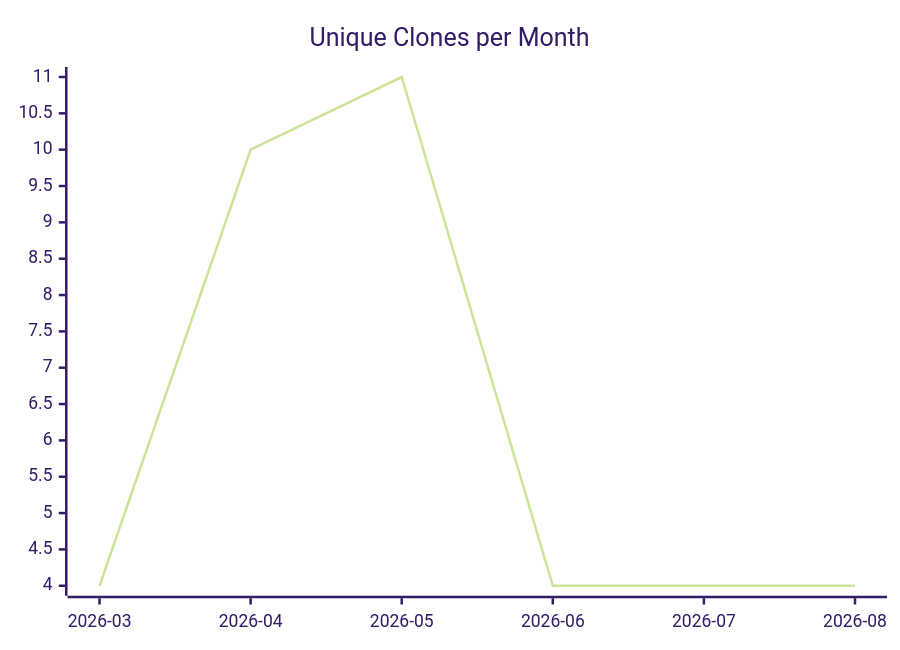
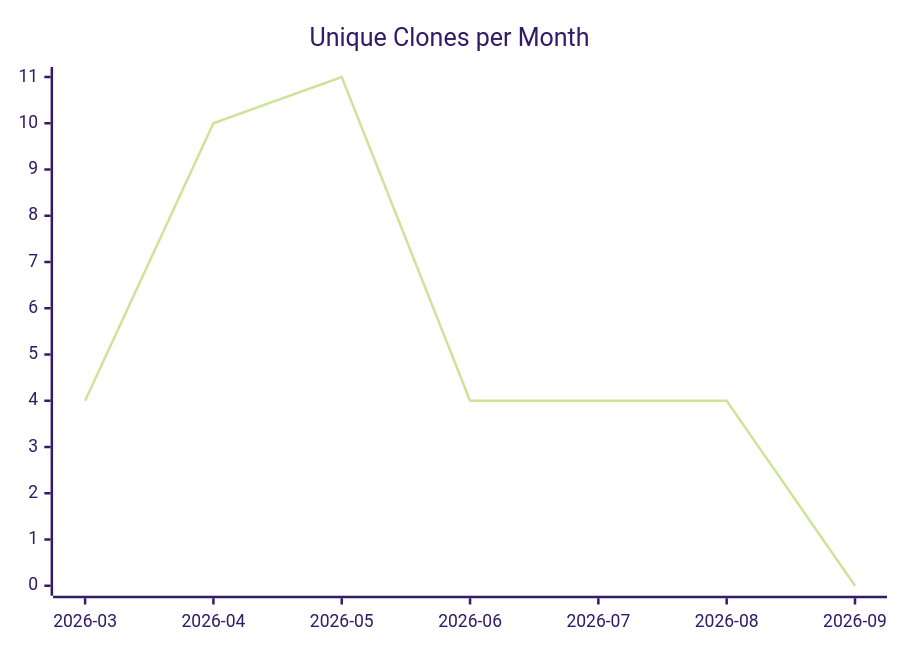
One commit to justdavis-family/github-analytics-data changed the third of 3 diagrams in karlmdavis/workstation-base-ansible-role/README.md. Above: the diagram before and after it, drawn with Mermaid (forest theme). The commit also changed other lines of this file and 191 other files, not shown here.

````diff
--- a/karlmdavis/workstation-base-ansible-role/README.md
+++ b/karlmdavis/workstation-base-ansible-role/README.md
@@ -19,6 +19,6 @@
 ```mermaid
 xychart-beta
   title "Unique Clones per Month"
-  x-axis ["2026-03", "2026-04", "2026-05", "2026-06", "2026-07", "2026-08"]
-  line [4, 10, 11, 4, 4, 4]
+  x-axis ["2026-03", "2026-04", "2026-05", "2026-06", "2026-07", "2026-08", "2026-09"]
+  line [4, 10, 11, 4, 4, 4, 0]
 ```
````
